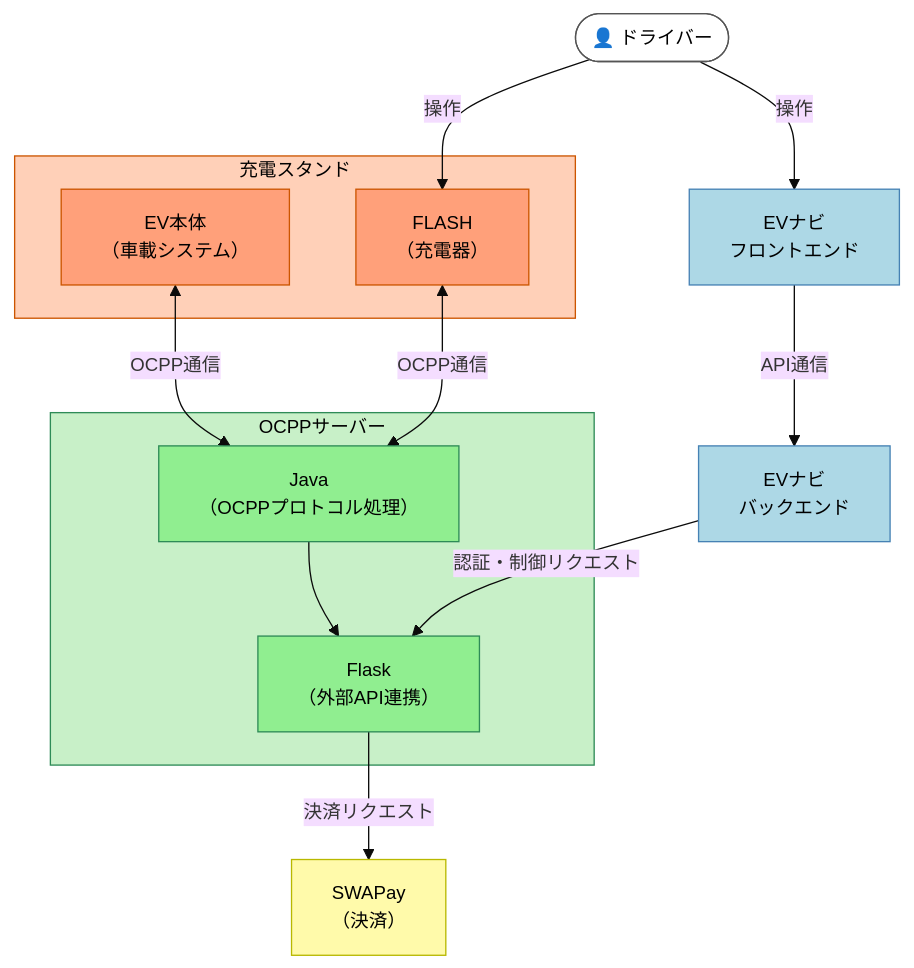
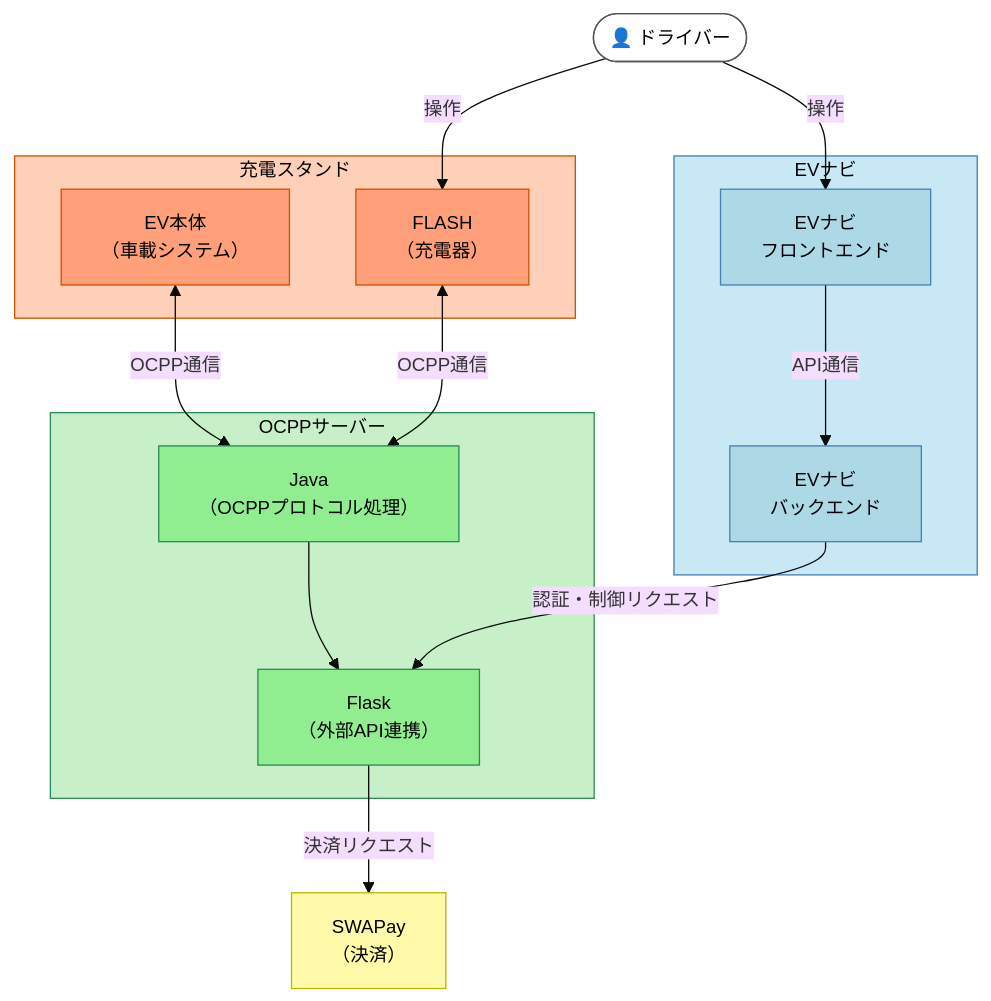
One commit to Toyamakawa/EV_navi changed the diagram in component_overview.md. Above: the diagram before and after it, drawn with Mermaid.

Commit message:
Group EVナビ frontend and backend into a single subgraph

````diff
--- a/component_overview.md
+++ b/component_overview.md
@@ -3,43 +3,47 @@
 ```mermaid
 %%{init: {'theme': 'base', 'themeVariables': {'fontSize': '14px'}, 'flowchart': {'htmlLabels': true, 'curve': 'basis'}}}%%
 flowchart TD
     Driver(["👤 ドライバー"])
 
-    NaviApp["EVナビ<br/>フロントエンド"]
-    NaviBackend["EVナビ<br/>バックエンド"]
     SWAPay["SWAPay<br/>（決済）"]
 
     subgraph ChargingStation["充電スタンド"]
         EV["EV本体<br/>（車載システム）"]
         FLASH["FLASH<br/>（充電器）"]
     end
 
     subgraph OCPP["OCPPサーバー"]
         JavaPart["Java<br/>（OCPPプロトコル処理）"]
         FlaskPart["Flask<br/>（外部API連携）"]
         JavaPart --> FlaskPart
     end
 
+    subgraph EVNavi["EVナビ"]
+        NaviApp["EVナビ<br/>フロントエンド"]
+        NaviBackend["EVナビ<br/>バックエンド"]
+        NaviApp -->|API通信| NaviBackend
+    end
+
     Driver -->|操作| NaviApp
     Driver -->|操作| FLASH
     EV <-->|OCPP通信| JavaPart
     FLASH <-->|OCPP通信| JavaPart
     NaviBackend -->|認証・制御リクエスト| FlaskPart
     FlaskPart -->|決済リクエスト| SWAPay
-    NaviApp -->|API通信| NaviBackend
 
     classDef navi fill:#add8e6,stroke:#4682b4,color:#000
     classDef selfdev fill:#90ee90,stroke:#2e8b57,color:#000
     classDef charging fill:#ffa07a,stroke:#cc5500,color:#000
     classDef payment fill:#fffaaa,stroke:#b8b800,color:#000
     classDef actor fill:#ffffff,stroke:#555555,color:#000
 
     class NaviApp,NaviBackend navi
     class JavaPart,FlaskPart selfdev
     class EV,FLASH charging
     class SWAPay payment
     class Driver actor
 
     style OCPP fill:#c8f0c8,stroke:#2e8b57,color:#000
     style ChargingStation fill:#ffd0b8,stroke:#cc5500,color:#000
+    style EVNavi fill:#c8e8f5,stroke:#4682b4,color:#000
 ```
````
